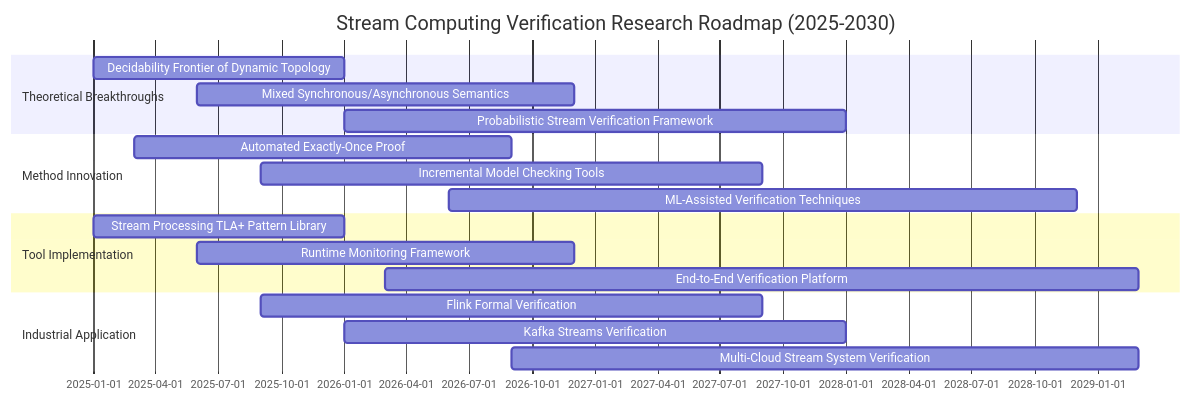
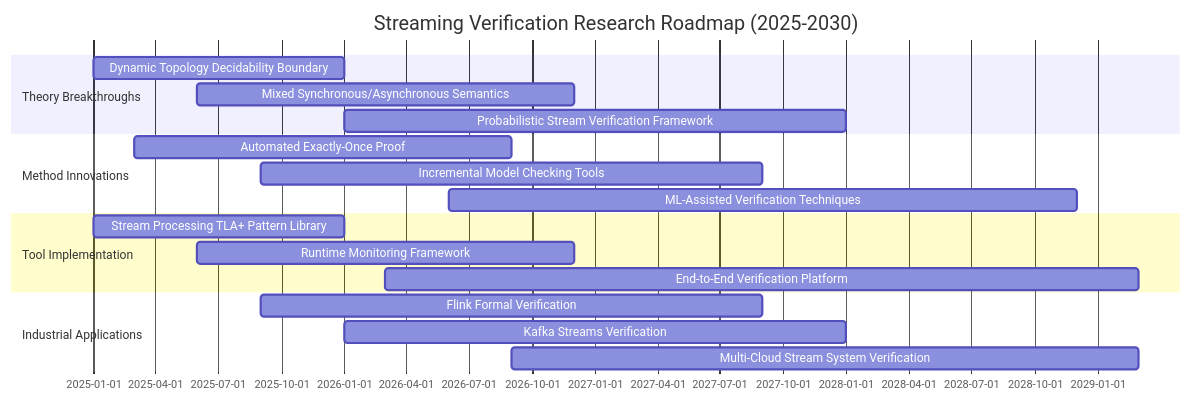
One commit to AdaMartin18010/AnalysisDataFlow changed the second of 3 diagrams in i18n/en/Struct/06-frontier/06.01-open-problems-streaming-verification-en.md. Above: the diagram before and after it, drawn with Mermaid. The commit also changed other lines of this file and 80 other files, not shown here.

````diff
--- a/i18n/en/Struct/06-frontier/06.01-open-problems-streaming-verification-en.md
+++ b/i18n/en/Struct/06-frontier/06.01-open-problems-streaming-verification-en.md
@@ -727,24 +733,24 @@
 ```mermaid
 gantt
-    title Stream Computing Verification Research Roadmap (2025-2030)
+    title Streaming Verification Research Roadmap (2025-2030)
     dateFormat YYYY-MM
-    section Theoretical Breakthroughs
-    Decidability Frontier of Dynamic Topology    :a1, 2025-01, 12M
-    Mixed Synchronous/Asynchronous Semantics     :a2, 2025-06, 18M
-    Probabilistic Stream Verification Framework  :a3, 2026-01, 24M
+    section Theory Breakthroughs
+    Dynamic Topology Decidability Boundary    :a1, 2025-01, 12M
+    Mixed Synchronous/Asynchronous Semantics  :a2, 2025-06, 18M
+    Probabilistic Stream Verification Framework :a3, 2026-01, 24M
 
-    section Method Innovation
-    Automated Exactly-Once Proof                 :b1, 2025-03, 18M
-    Incremental Model Checking Tools             :b2, 2025-09, 24M
-    ML-Assisted Verification Techniques          :b3, 2026-06, 30M
+    section Method Innovations
+    Automated Exactly-Once Proof              :b1, 2025-03, 18M
+    Incremental Model Checking Tools          :b2, 2025-09, 24M
+    ML-Assisted Verification Techniques       :b3, 2026-06, 30M
 
     section Tool Implementation
-    Stream Processing TLA+ Pattern Library       :c1, 2025-01, 12M
-    Runtime Monitoring Framework                 :c2, 2025-06, 18M
-    End-to-End Verification Platform             :c3, 2026-03, 36M
+    Stream Processing TLA+ Pattern Library    :c1, 2025-01, 12M
+    Runtime Monitoring Framework              :c2, 2025-06, 18M
+    End-to-End Verification Platform          :c3, 2026-03, 36M
 
-    section Industrial Application
-    Flink Formal Verification                    :d1, 2025-09, 24M
-    Kafka Streams Verification                   :d2, 2026-01, 24M
-    Multi-Cloud Stream System Verification       :d3, 2026-09, 30M
+    section Industrial Applications
+    Flink Formal Verification                 :d1, 2025-09, 24M
+    Kafka Streams Verification                :d2, 2026-01, 24M
+    Multi-Cloud Stream System Verification    :d3, 2026-09, 30M
 ```
````
